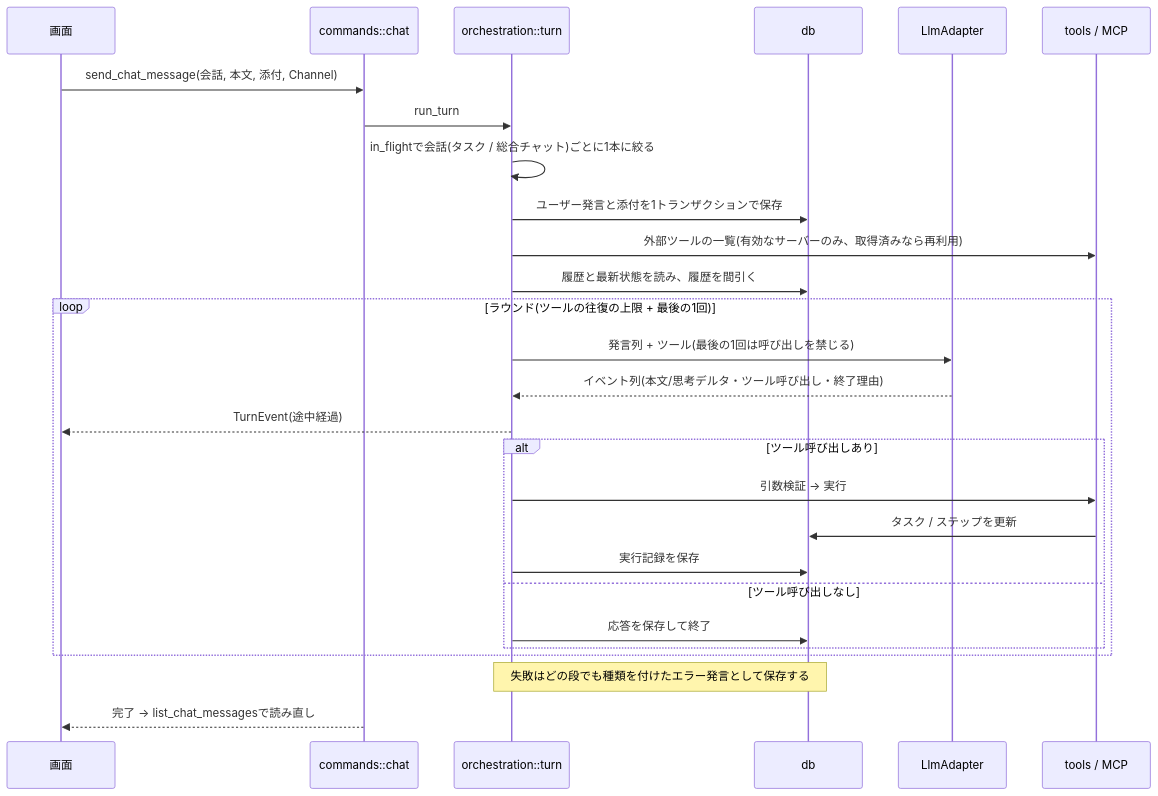
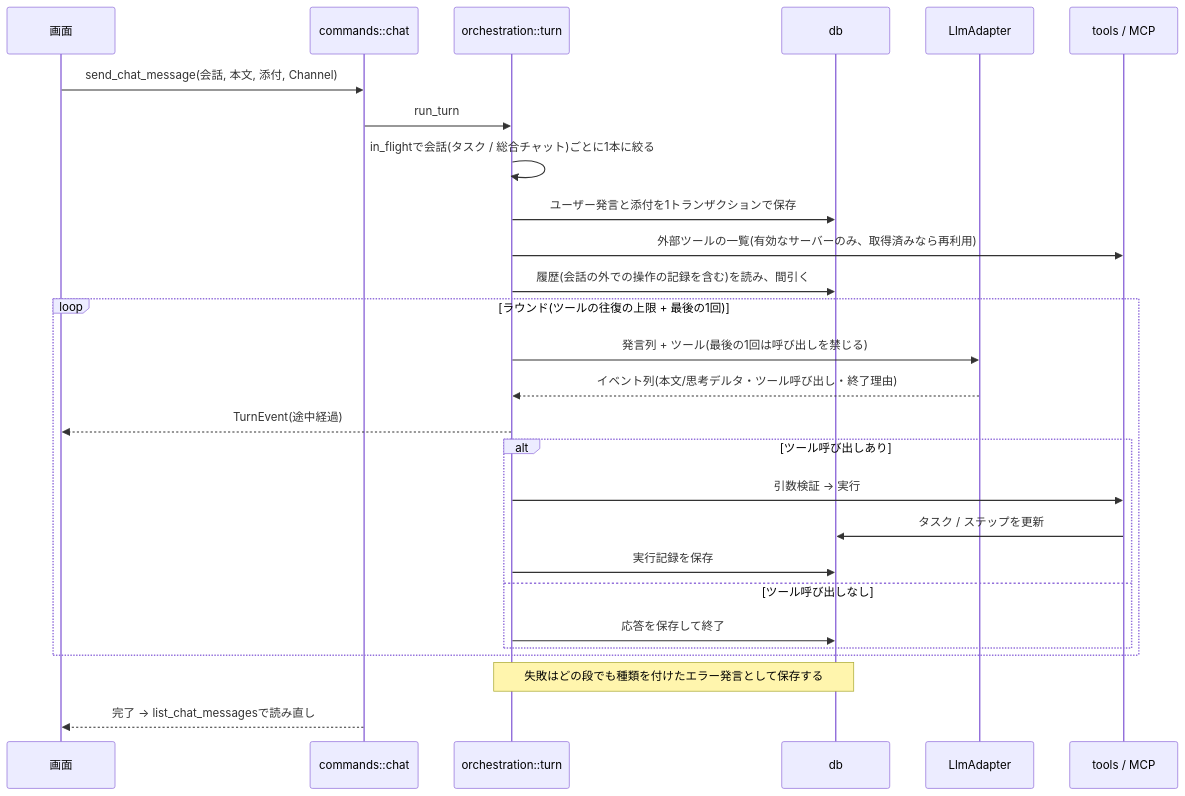
One commit to Hue-215/SCITL changed the second of 3 diagrams in docs/architecture-overview.md. Above: the diagram before and after it, drawn with Mermaid. The commit also changed other lines of this file and 4 other files, not shown here.

````diff
--- a/docs/architecture-overview.md
+++ b/docs/architecture-overview.md
@@ -85,30 +85,30 @@
 ```mermaid
 sequenceDiagram
   participant U as 画面
   participant C as commands::chat
   participant T as orchestration::turn
   participant D as db
   participant A as LlmAdapter
   participant X as tools / MCP
 
   U->>C: send_chat_message(会話, 本文, 添付, Channel)
   C->>T: run_turn
   T->>T: in_flightで会話(タスク / 総合チャット)ごとに1本に絞る
   T->>D: ユーザー発言と添付を1トランザクションで保存
   T->>X: 外部ツールの一覧(有効なサーバーのみ、取得済みなら再利用)
-  T->>D: 履歴と最新状態を読み、履歴を間引く
+  T->>D: 履歴(会話の外での操作の記録を含む)を読み、間引く
   loop ラウンド(ツールの往復の上限 + 最後の1回)
     T->>A: 発言列 + ツール(最後の1回は呼び出しを禁じる)
     A-->>T: イベント列(本文/思考デルタ・ツール呼び出し・終了理由)
     T-->>U: TurnEvent(途中経過)
     alt ツール呼び出しあり
       T->>X: 引数検証 → 実行
       X->>D: タスク / ステップを更新
       T->>D: 実行記録を保存
     else ツール呼び出しなし
       T->>D: 応答を保存して終了
     end
   end
   Note over T,D: 失敗はどの段でも種類を付けたエラー発言として保存する
   C-->>U: 完了 → list_chat_messagesで読み直し
 ```
````
